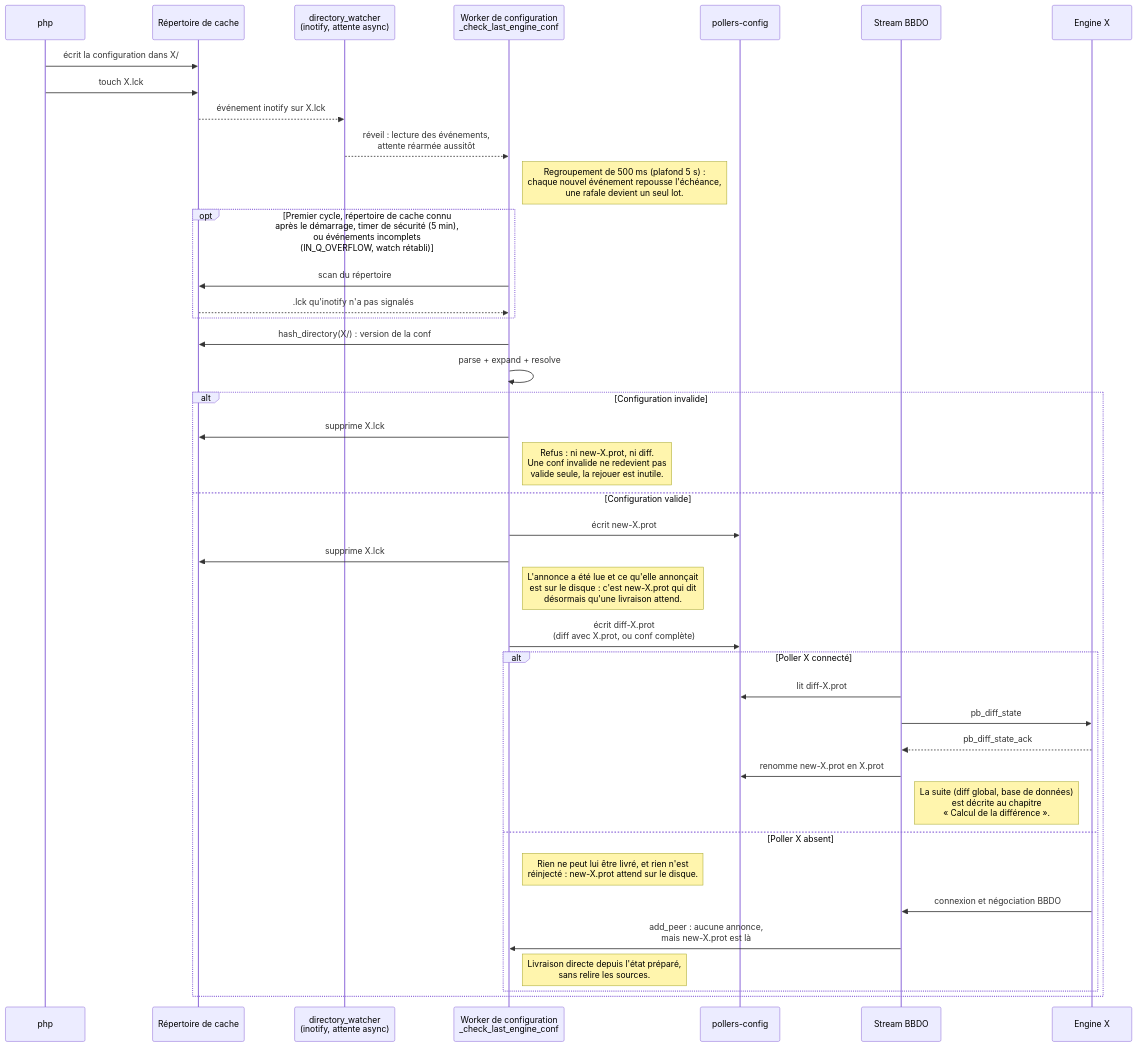
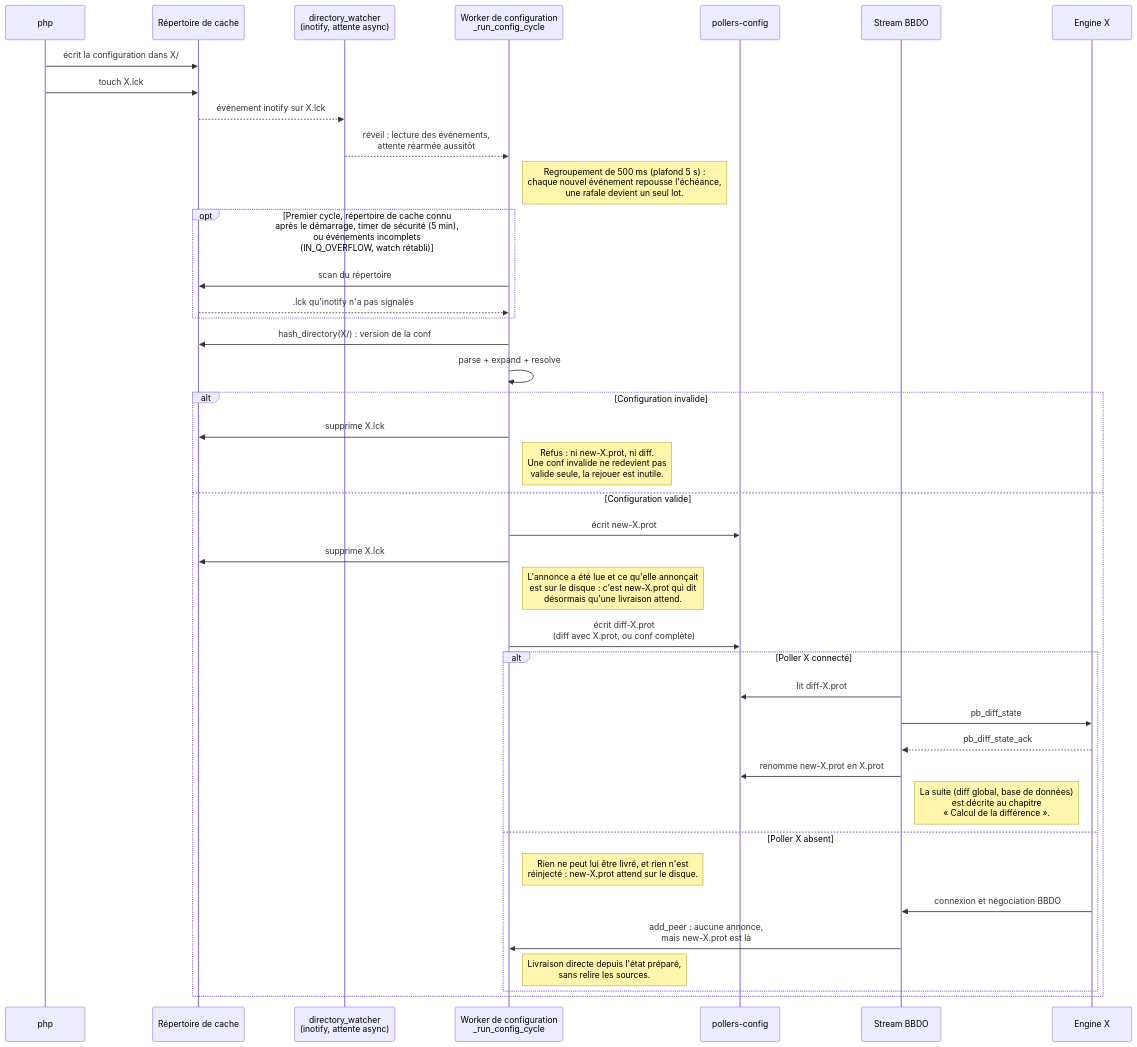
Before and after one commit to centreon/centreon-collect: the sixth of 43 diagrams in doc/nego-engine-broker-fr.md, drawn with Mermaid. The commit also changed other lines of this file and 4 other files, not shown here.

First line of the commit message:
enh(broker): engine conf watcher code simplified

````diff
--- a/doc/nego-engine-broker-fr.md
+++ b/doc/nego-engine-broker-fr.md
@@ -680,46 +681,46 @@
 ```mermaid
 sequenceDiagram
     participant php
     participant C as Répertoire de cache
     participant W as directory_watcher<br/>(inotify, attente async)
-    participant T as Worker de configuration<br/>_check_last_engine_conf
+    participant T as Worker de configuration<br/>_run_config_cycle
     participant P as pollers-config
     participant S as Stream BBDO
     participant E as Engine X
 
     php ->> C: écrit la configuration dans X/
     php ->> C: touch X.lck
     C -->> W: événement inotify sur X.lck
 
     W -->> T: réveil : lecture des événements,<br/>attente réarmée aussitôt
     Note right of T: Regroupement de 500 ms (plafond 5 s) :<br/>chaque nouvel événement repousse l'échéance,<br/>une rafale devient un seul lot.
     opt Premier cycle, répertoire de cache connu<br/>après le démarrage, timer de sécurité (5 min),<br/>ou événements incomplets<br/>(IN_Q_OVERFLOW, watch rétabli)
         T ->> C: scan du répertoire
         C -->> T: .lck qu'inotify n'a pas signalés
     end
 
     T ->> C: hash_directory(X/) : version de la conf
     T ->> T: parse + expand + resolve
 
     alt Configuration invalide
         T ->> C: supprime X.lck
         Note right of T: Refus : ni new-X.prot, ni diff.<br/>Une conf invalide ne redevient pas<br/>valide seule, la rejouer est inutile.
     else Configuration valide
         T ->> P: écrit new-X.prot
         T ->> C: supprime X.lck
         Note right of T: L'annonce a été lue et ce qu'elle annonçait<br/>est sur le disque : c'est new-X.prot qui dit<br/>désormais qu'une livraison attend.
         T ->> P: écrit diff-X.prot<br/>(diff avec X.prot, ou conf complète)
         alt Poller X connecté
             S ->> P: lit diff-X.prot
             S ->> E: pb_diff_state
             E -->> S: pb_diff_state_ack
             S ->> P: renomme new-X.prot en X.prot
             Note right of S: La suite (diff global, base de données)<br/>est décrite au chapitre<br/>« Calcul de la différence ».
         else Poller X absent
             Note right of T: Rien ne peut lui être livré, et rien n'est<br/>réinjecté : new-X.prot attend sur le disque.
             E ->> S: connexion et négociation BBDO
             S ->> T: add_peer : aucune annonce,<br/>mais new-X.prot est là
             Note right of T: Livraison directe depuis l'état préparé,<br/>sans relire les sources.
         end
     end
 ```
````
